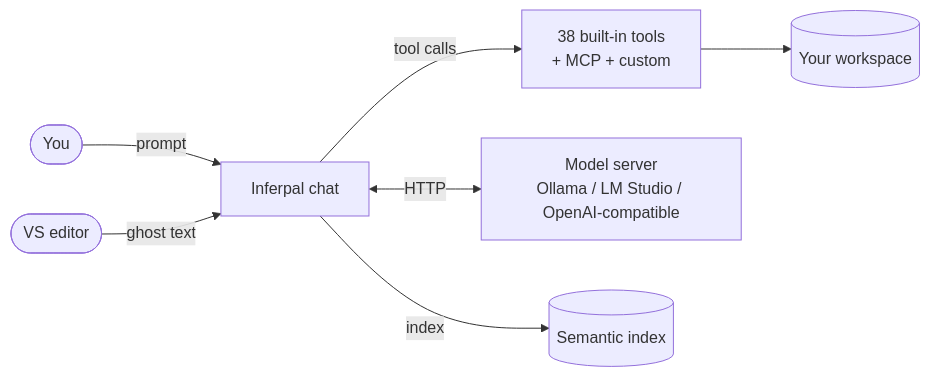
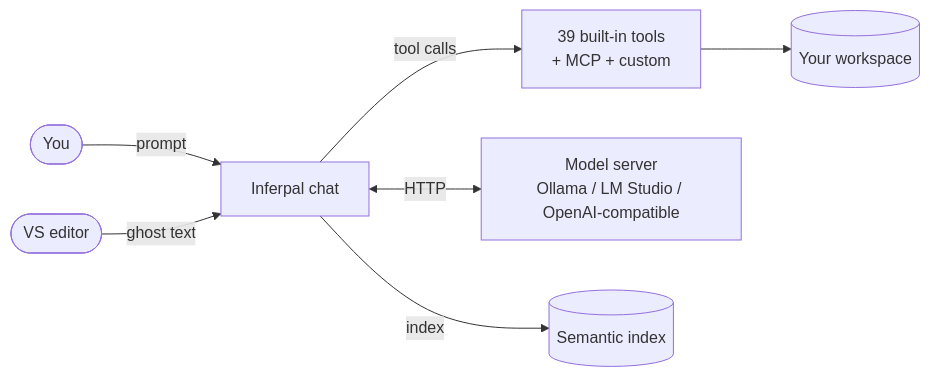
Before and after one commit to EstaxNet/Inferpal: the diagram in docs/README.md, drawn with Mermaid. The commit also changed other lines of this file and 53 other files, not shown here.

````diff
--- a/docs/README.md
+++ b/docs/README.md
@@ -39,9 +39,9 @@
 ```mermaid
 flowchart LR
     user([You]) -->|prompt| chat[Inferpal chat]
-    chat -->|tool calls| tools[38 built-in tools<br/>+ MCP + custom]
+    chat -->|tool calls| tools[39 built-in tools<br/>+ MCP + custom]
     chat <-->|HTTP| provider[Model server<br/>Ollama / LM Studio / OpenAI-compatible]
     tools --> ws[(Your workspace)]
     editor([VS editor]) -->|ghost text| chat
     chat -->|index| rag[(Semantic index)]
 ```
````
